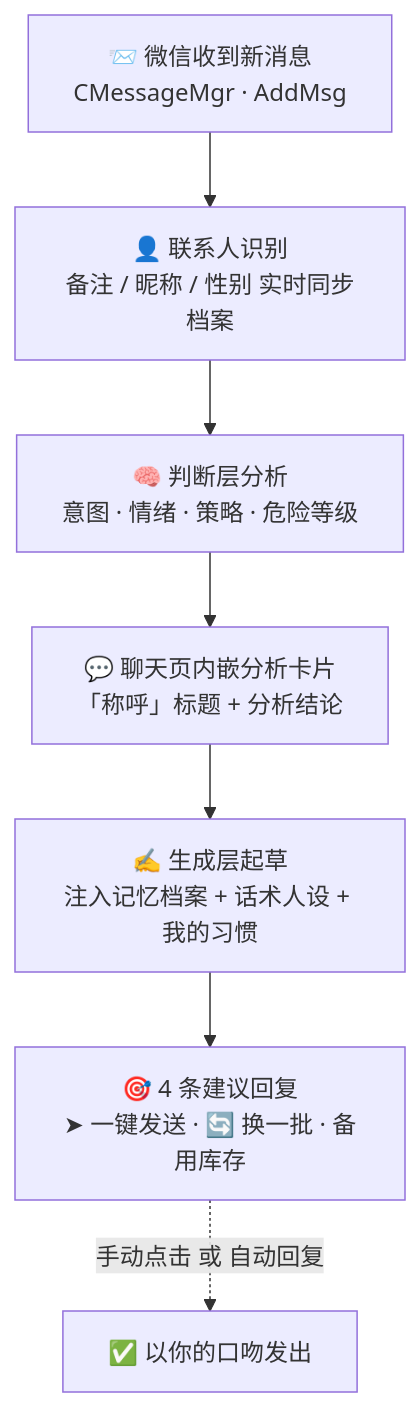
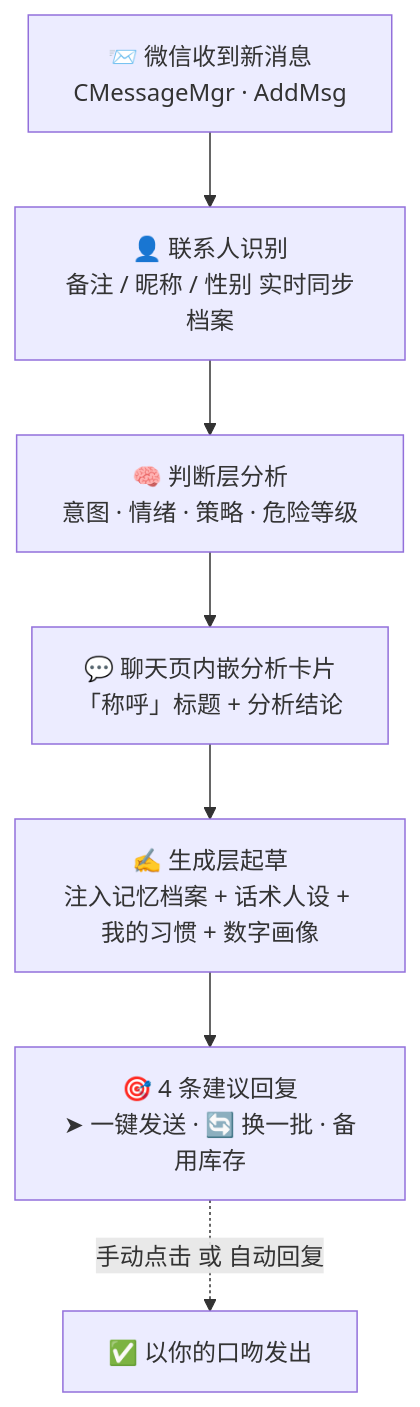
The first of 2 diagrams in README.md (lsp199308/Jev-Chat-for-WeChat), drawn with Mermaid before and after one commit. The commit also changed other lines of this file and 5 other files, not shown here.

````diff
--- a/README.md
+++ b/README.md
@@ -154,9 +164,9 @@
 ```mermaid
 flowchart TB
     A["📨 微信收到新消息<br/>CMessageMgr · AddMsg"] --> B["👤 联系人识别<br/>备注 / 昵称 / 性别 实时同步档案"]
     B --> C["🧠 判断层分析<br/>意图 · 情绪 · 策略 · 危险等级"]
     C --> D["💬 聊天页内嵌分析卡片<br/>「称呼」标题 + 分析结论"]
-    D --> E["✍️ 生成层起草<br/>注入记忆档案 + 话术人设 + 我的习惯"]
+    D --> E["✍️ 生成层起草<br/>注入记忆档案 + 话术人设 + 我的习惯 + 数字画像"]
     E --> F["🎯 4 条建议回复<br/>➤ 一键发送 · 🔄 换一批 · 备用库存"]
     F -. "手动点击 或 自动回复" .-> G["✅ 以你的口吻发出"]
 ```
````
